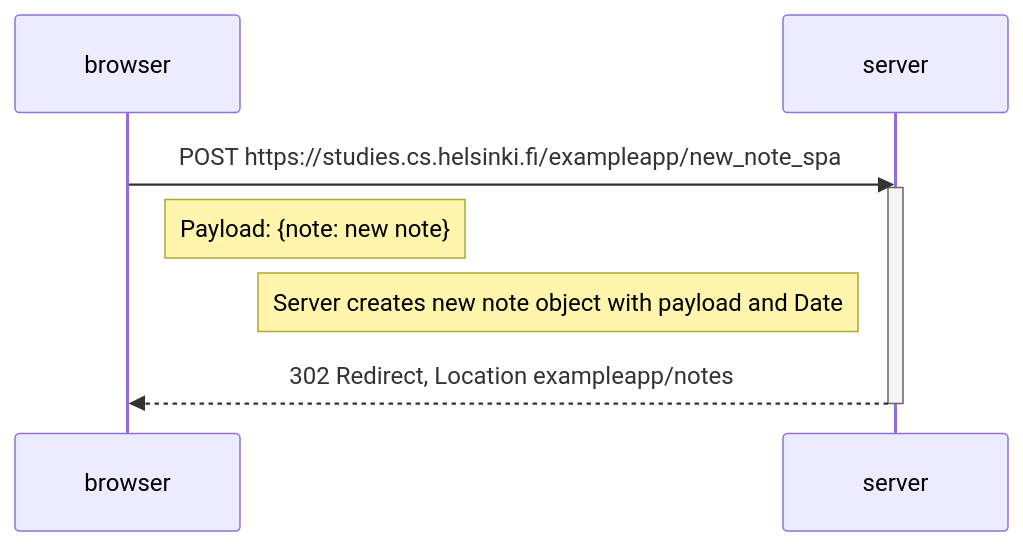
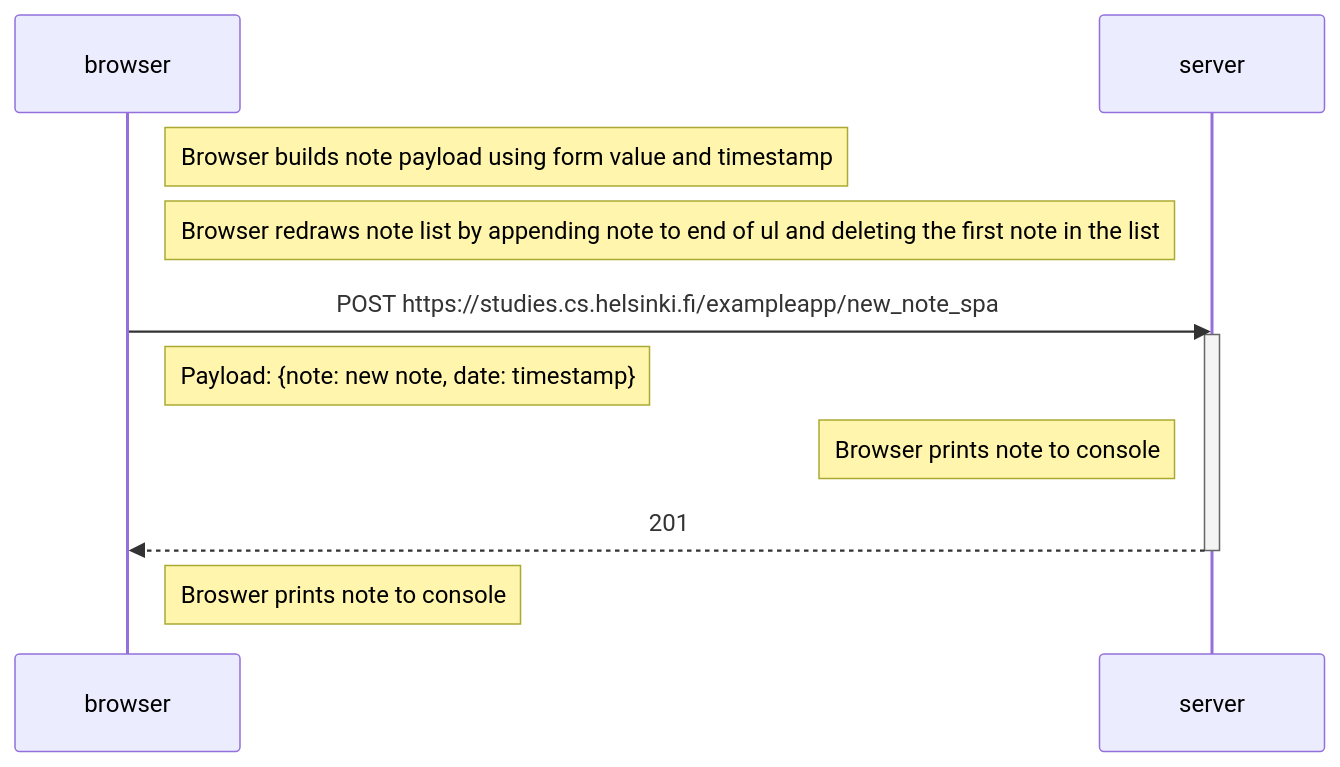
One commit to occook2/fullStackOpenCourse changed the diagram in part0/diagrams/0.6.md. Above: the diagram before and after it, drawn with Mermaid.

Commit message:
Finished 0.6

````diff
--- a/part0/diagrams/0.6.md
+++ b/part0/diagrams/0.6.md
@@ -3,14 +3,20 @@
 ```mermaid
 sequenceDiagram
     participant browser
     participant server
 
+    Note right of browser: Browser builds note payload using form value and timestamp
+    Note right of browser: Browser redraws note list by appending note to end of ul and deleting the first note in the list
+
+
     browser->>server: POST https://studies.cs.helsinki.fi/exampleapp/new_note_spa
     activate server
-    Note right of browser: Payload: {note: new note}
-    Note left of server: Server creates new note object with payload and Date
-    server-->>browser: 302 Redirect, Location exampleapp/notes
+    Note right of browser: Payload: {note: new note, date: timestamp}
+    Note left of server: Browser prints note to console
+    server-->>browser: 201
     deactivate server
+
+    Note right of browser: Broswer prints note to console
 
     
 ```
````
